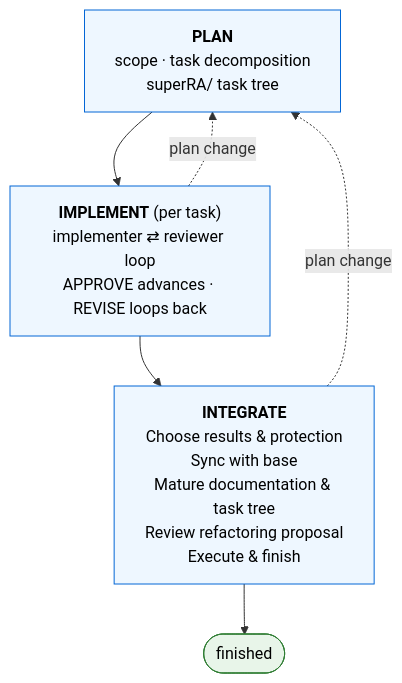
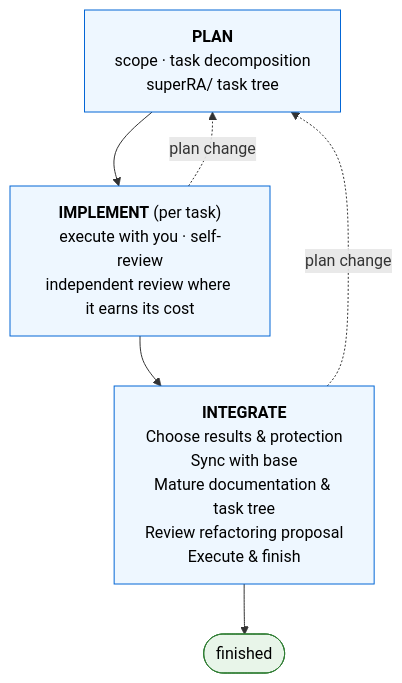
Before and after one commit to FuZhiyu/superRA: the diagram in README.md, drawn with Mermaid. The commit also changed other lines of this file and 27 other files, not shown here.

````diff
--- a/README.md
+++ b/README.md
@@ -28,19 +26,19 @@
 ```mermaid
 flowchart TB
     PLAN["<b>PLAN</b><br/>scope · task decomposition<br/>superRA/ task tree"]
-    IMPLEMENT["<b>IMPLEMENT</b> (per task)<br/>implementer ⇄ reviewer loop<br/>APPROVE advances · REVISE loops back"]
+    IMPLEMENT["<b>IMPLEMENT</b> (per task)<br/>execute with you · self-review<br/>independent review where it earns its cost"]
     INTEGRATE["<b>INTEGRATE</b><br/>Choose results & protection<br/>Sync with base<br/>Mature documentation & task tree<br/>Review refactoring proposal<br/>Execute & finish"]
     FINISHED(["finished"])
 
     PLAN --> IMPLEMENT
     IMPLEMENT --> INTEGRATE
     INTEGRATE --> FINISHED
 
     IMPLEMENT -. "plan change" .-> PLAN
     INTEGRATE -. "plan change" .-> PLAN
 
     classDef phase fill:#eef7ff,stroke:#0366d6,color:#000
     classDef terminal fill:#e8f5e9,stroke:#2e7d32,color:#000
     class PLAN,IMPLEMENT,INTEGRATE phase
     class FINISHED terminal
 ```
````
